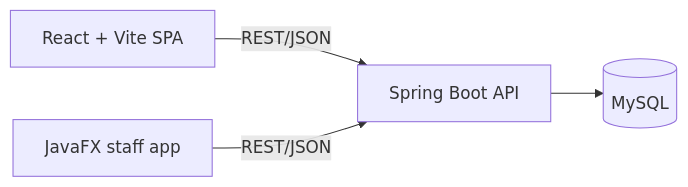
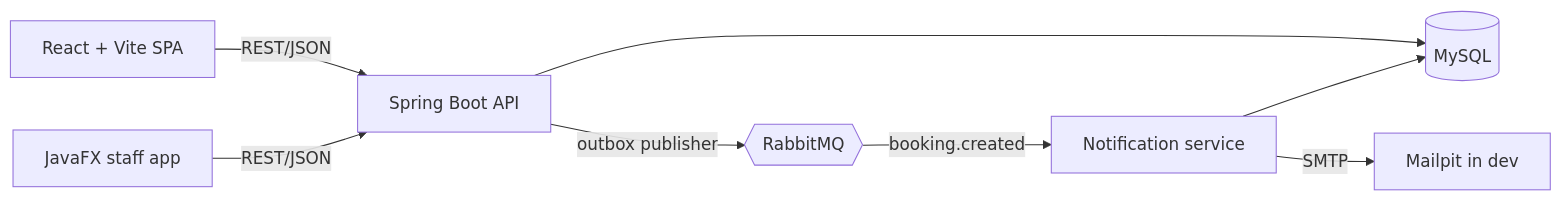
The diagram in README.md (TonnyGol/EscapeCenter-Demo), drawn with Mermaid before and after one commit. The commit also changed other lines of this file and 28 other files, not shown here.

First line of the commit message:
feat: add notification service with idempotent email consumer and dead-letter queue

````diff
--- a/README.md
+++ b/README.md
@@ -11,6 +11,10 @@
 ```mermaid
 flowchart LR
   Web[React + Vite SPA] -->|REST/JSON| API[Spring Boot API]
   Admin[JavaFX staff app] -->|REST/JSON| API
   API --> DB[(MySQL)]
+  API -->|outbox publisher| MQ{{RabbitMQ}}
+  MQ -->|booking.created| Notify[Notification service]
+  Notify -->|SMTP| Mail[Mailpit in dev]
+  Notify --> DB
 ```
````
